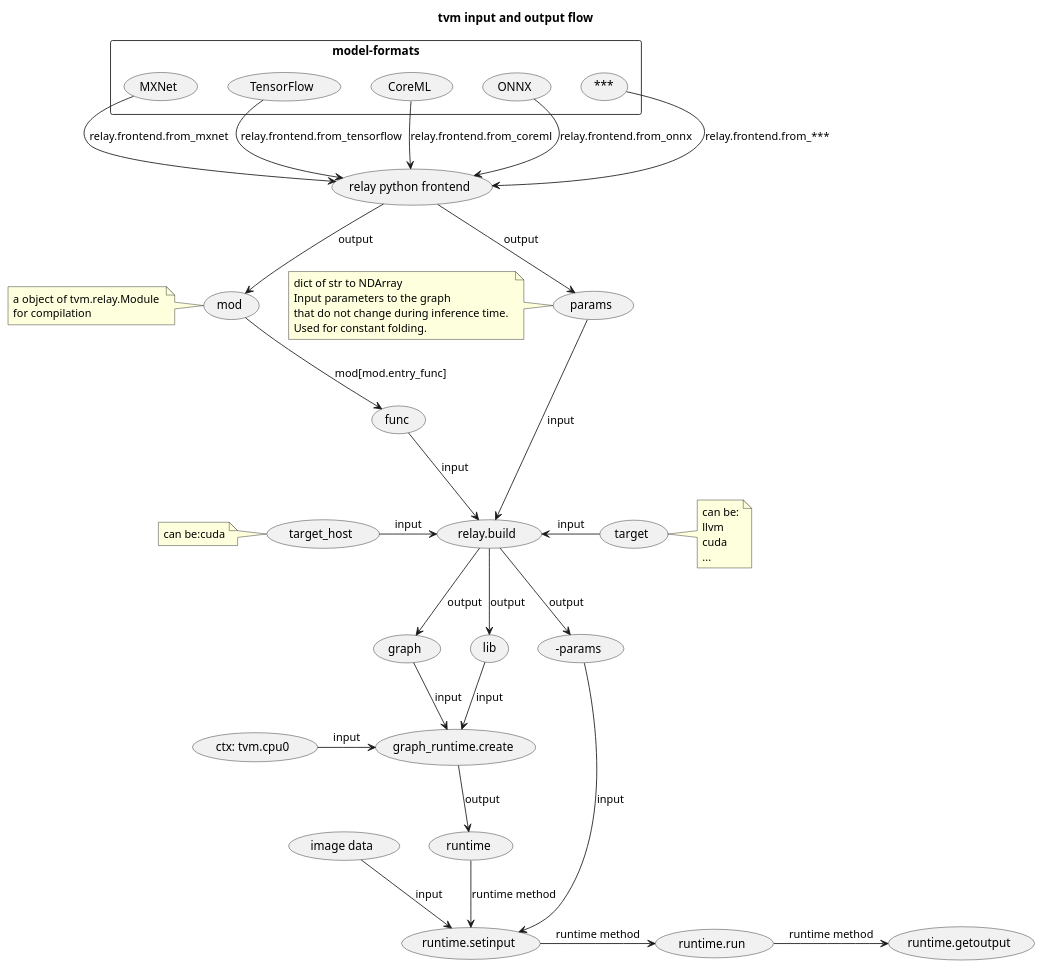
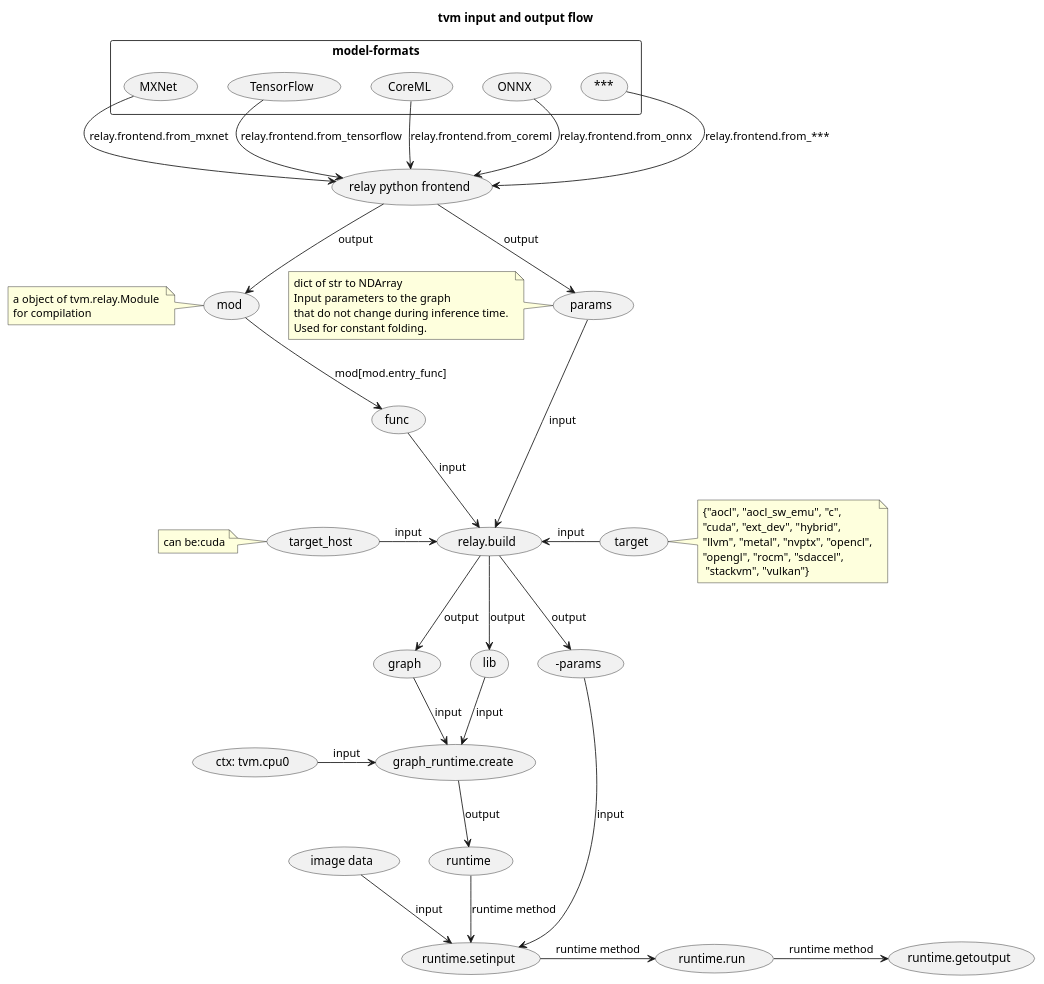
One commit to chsgcxy/messy_notes changed the diagram in pictures/tvm-input-output-flow.plantuml. Above: the diagram before and after it, drawn with PlantUML. The commit also changed 7 other files, not shown here.

```diff
--- a/pictures/tvm-input-output-flow.plantuml
+++ b/pictures/tvm-input-output-flow.plantuml
@@ -1,48 +1,48 @@
 @startuml tvm-input-output-flow
 title tvm input and output flow
 (relay python frontend) as rpf
 
 rectangle model-formats {
     (MXNet) -down-> rpf: relay.frontend.from_mxnet
     (TensorFlow) -down->rpf: relay.frontend.from_tensorflow
     (CoreML) -down->rpf: relay.frontend.from_coreml
     (ONNX) -down->rpf: relay.frontend.from_onnx
     (***) -down->rpf: relay.frontend.from_***
 }
 
 rpf -down-> (mod): output
 note left: a object of tvm.relay.Module \nfor compilation 
 rpf -down-> (params): output
 note left: dict of str to NDArray \nInput parameters to the graph \nthat do not change during inference time. \nUsed for constant folding.
 (mod) -down-> (func): mod[mod.entry_func]
 
 (relay.build) as rb
 (target) as target
-note right: can be:\nllvm\ncuda\n...
+note right: {"aocl", "aocl_sw_emu", "c",\n"cuda", "ext_dev", "hybrid", \n"llvm", "metal", "nvptx", "opencl", \n"opengl", "rocm", "sdaccel",\n "stackvm", "vulkan"}
 target -left-> rb: input
 (target_host) as th
 note left: can be:cuda
 th -> rb: input
 (func) -down-> rb: input
 (params) -down-> rb: input
 
 rb -down-> (graph): output
 rb -down-> (lib): output
 rb -down-> (-params): output
 
 (graph_runtime.create) as grc
 (graph) -down-> grc: input
 (lib) -down-> grc: input
 (ctx: tvm.cpu0) -> grc: input
 
 grc -down-> (runtime): output
 (runtime.setinput) as rs
 (-params) -down-> rs: input
 (image data) -down-> rs: input
 (runtime) -down-> rs: runtime method
 (runtime.run) as rr
 (runtime.getoutput) as rg
 rs -> rr: runtime method
 rr -> rg: runtime method
 
 @enduml
```
